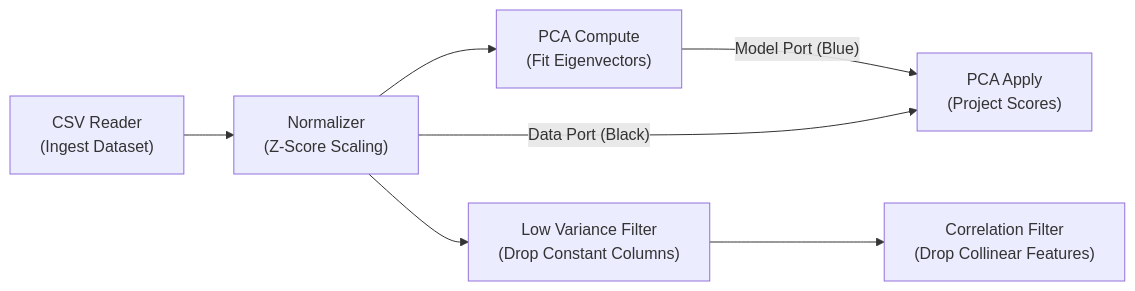
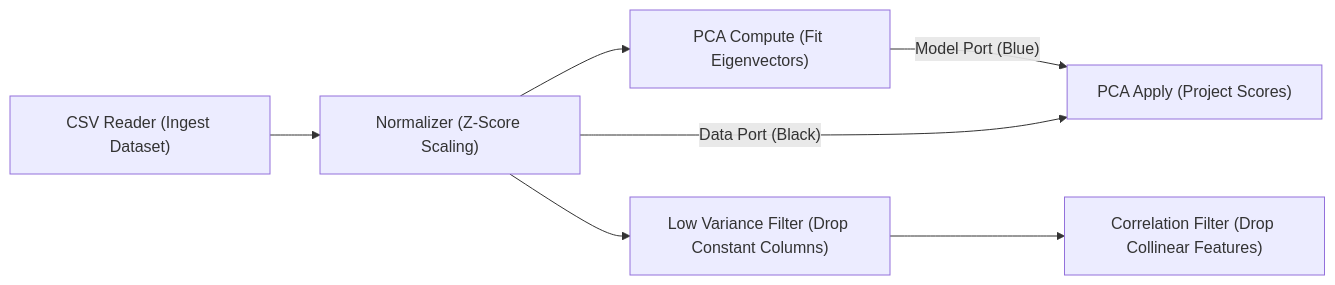
Diagram 15 of 21 in notes/data_analysis/Unit_4_notes.md (DeepLumiere/DeepSkills), drawn with Mermaid before and after one commit. The commit also changed other lines of this file and 56 other files, not shown here.

````diff
--- a/notes/data_analysis/Unit_4_notes.md
+++ b/notes/data_analysis/Unit_4_notes.md
@@ -1490,9 +1488,9 @@
 ```mermaid
 flowchart LR
-    A["CSV Reader<br/>(Ingest Dataset)"] --> B["Normalizer<br/>(Z-Score Scaling)"]
-    B --> C["PCA Compute<br/>(Fit Eigenvectors)"]
-    C -- "Model Port (Blue)" --> D["PCA Apply<br/>(Project Scores)"]
+    A["CSV Reader (Ingest Dataset)"] --> B["Normalizer (Z-Score Scaling)"]
+    B --> C["PCA Compute (Fit Eigenvectors)"]
+    C -- "Model Port (Blue)" --> D["PCA Apply (Project Scores)"]
     B -- "Data Port (Black)" --> D
-    B --> E["Low Variance Filter<br/>(Drop Constant Columns)"]
-    E --> F["Correlation Filter<br/>(Drop Collinear Features)"]
+    B --> E["Low Variance Filter (Drop Constant Columns)"]
+    E --> F["Correlation Filter (Drop Collinear Features)"]
 ```
````
